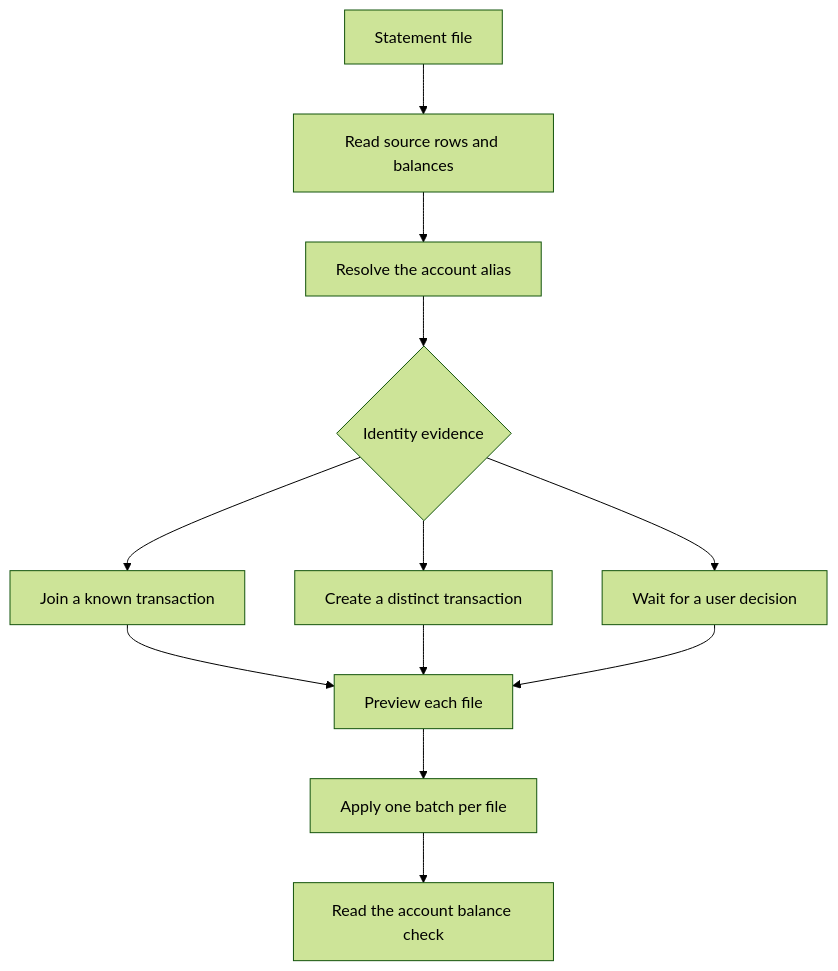
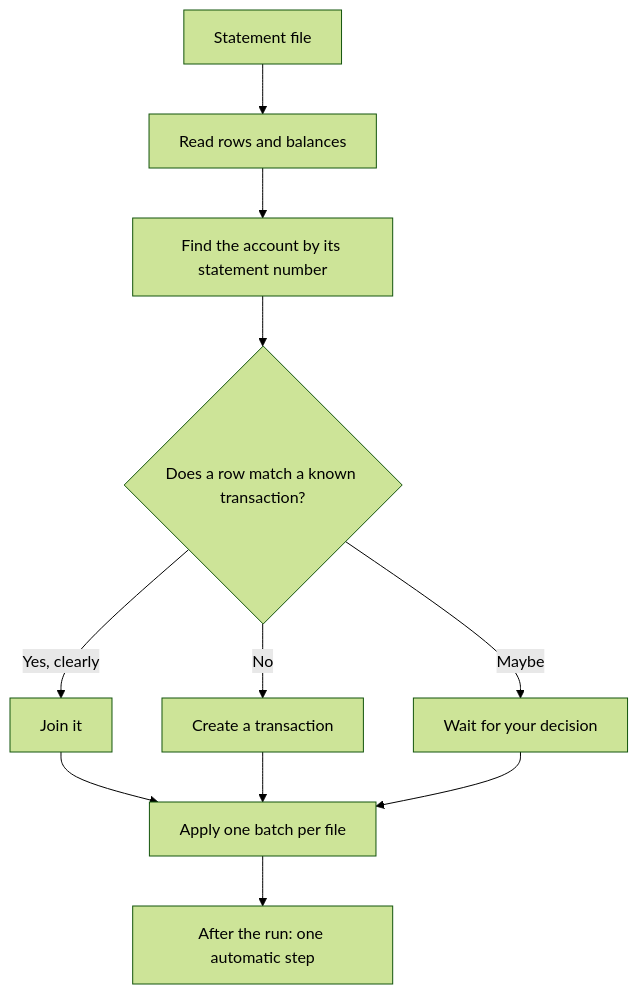
One commit to spinningyoyo/omsync changed the second of 2 diagrams in docs/architecture/import.md. Above: the diagram before and after it, drawn with Mermaid (forest theme). The commit also changed other lines of this file and 140 other files, not shown here.

First line of the commit message:
refactor: name the counterparty and each rule by its evidence

````diff
--- a/docs/architecture/import.md
+++ b/docs/architecture/import.md
@@ -59,14 +22,13 @@
 ```mermaid
 flowchart TD
-    File[Statement file] --> Parse[Read source rows and balances]
-    Parse --> Account[Resolve the account alias]
-    Account --> Evidence{Identity evidence}
-    Evidence --> Join[Join a known transaction]
-    Evidence --> New[Create a distinct transaction]
-    Evidence --> Review[Wait for a user decision]
-    Join --> Preview[Preview each file]
-    New --> Preview
-    Review --> Preview
-    Preview --> Apply[Apply one batch per file]
-    Apply --> Check[Read the account balance check]
+    File[Statement file] --> Parse[Read rows and balances]
+    Parse --> Account[Find the account by its statement number]
+    Account --> Evidence{Does a row match a known transaction?}
+    Evidence -->|Yes, clearly| Join[Join it]
+    Evidence -->|No| New[Create a transaction]
+    Evidence -->|Maybe| Review[Wait for your decision]
+    Join --> Apply[Apply one batch per file]
+    New --> Apply
+    Review --> Apply
+    Apply --> Auto[After the run: one automatic step]
 ```
````
